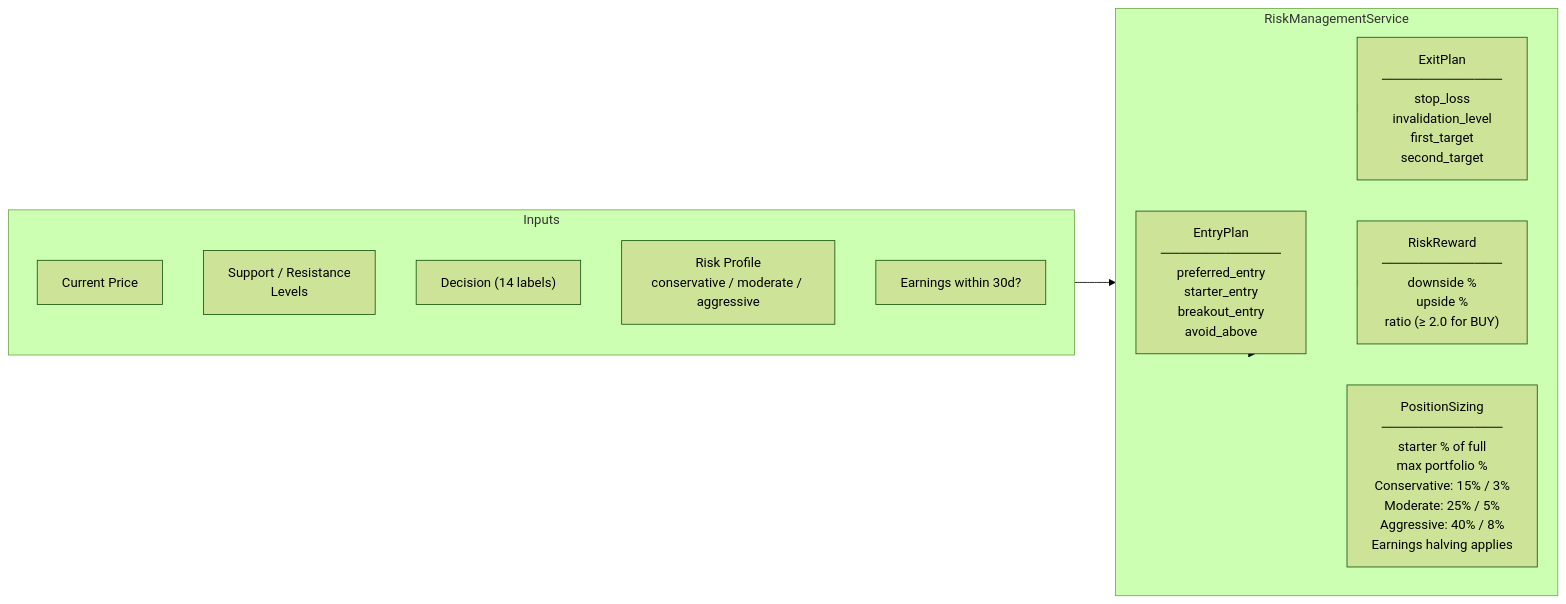
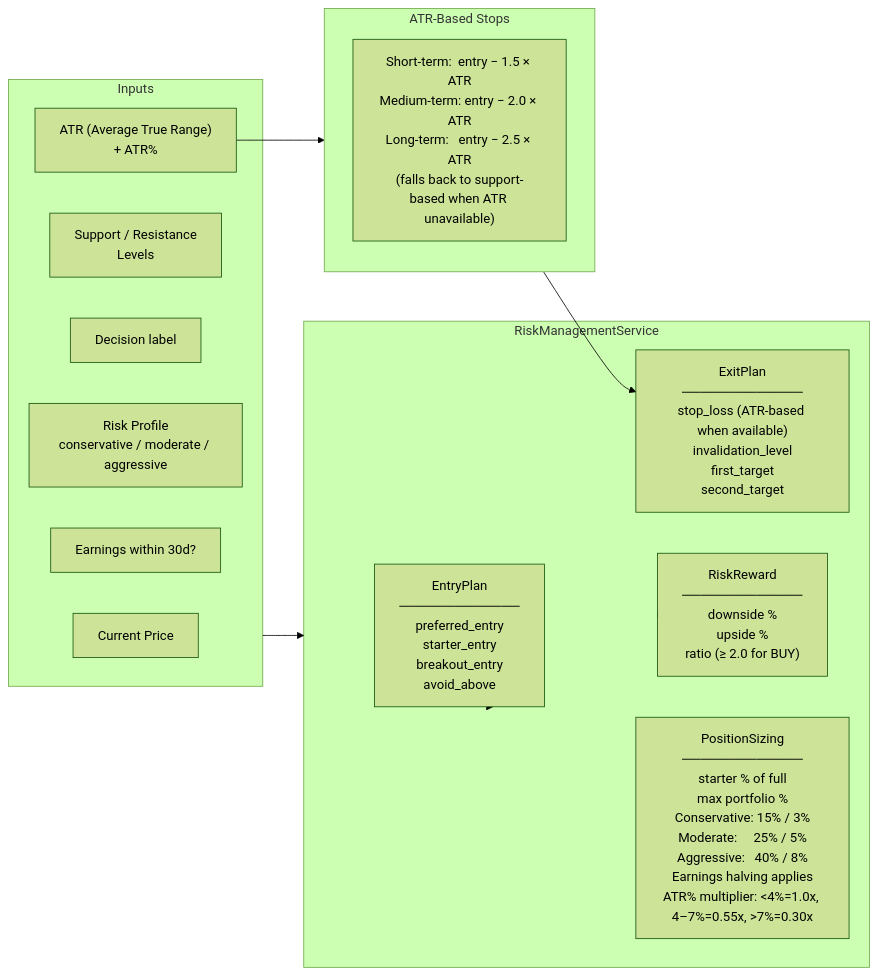
Before and after one commit to krutikpatel/stockBuyDecisioner1: the seventh of 14 diagrams in HLD.md, drawn with Mermaid (forest theme). The commit also changed other lines of this file and 9 other files, not shown here.

````diff
--- a/HLD.md
+++ b/HLD.md
@@ -343,23 +359,30 @@
 ```mermaid
 flowchart LR
     subgraph Inputs
         PR["Current Price"]
         SR["Support / Resistance\nLevels"]
-        DEC["Decision (14 labels)"]
+        DEC["Decision label"]
         RP["Risk Profile\nconservative / moderate / aggressive"]
         EW["Earnings within 30d?"]
+        ATR["ATR (Average True Range)\n+ ATR%"]
     end
 
     subgraph RiskMgmt["RiskManagementService"]
         EP["EntryPlan\n─────────────\npreferred_entry\nstarter_entry\nbreakout_entry\navoid_above"]
-        EXP["ExitPlan\n─────────────\nstop_loss\ninvalidation_level\nfirst_target\nsecond_target"]
+        EXP["ExitPlan\n─────────────\nstop_loss (ATR-based when available)\ninvalidation_level\nfirst_target\nsecond_target"]
         RR["RiskReward\n─────────────\ndownside %\nupside %\nratio (≥ 2.0 for BUY)"]
-        PS["PositionSizing\n─────────────\nstarter % of full\nmax portfolio %\nConservative: 15% / 3%\nModerate:     25% / 5%\nAggressive:   40% / 8%\nEarnings halving applies"]
+        PS["PositionSizing\n─────────────\nstarter % of full\nmax portfolio %\nConservative: 15% / 3%\nModerate:     25% / 5%\nAggressive:   40% / 8%\nEarnings halving applies\nATR% multiplier: <4%=1.0x, 4–7%=0.55x, >7%=0.30x"]
+    end
+
+    subgraph ATRStops["ATR-Based Stops"]
+        ATRST["Short-term:  entry − 1.5 × ATR\nMedium-term: entry − 2.0 × ATR\nLong-term:   entry − 2.5 × ATR\n(falls back to support-based when ATR unavailable)"]
     end
 
     Inputs --> RiskMgmt
     RiskMgmt --> EP
     RiskMgmt --> EXP
     RiskMgmt --> RR
     RiskMgmt --> PS
+    ATR --> ATRStops
+    ATRStops --> EXP
 ```
````
